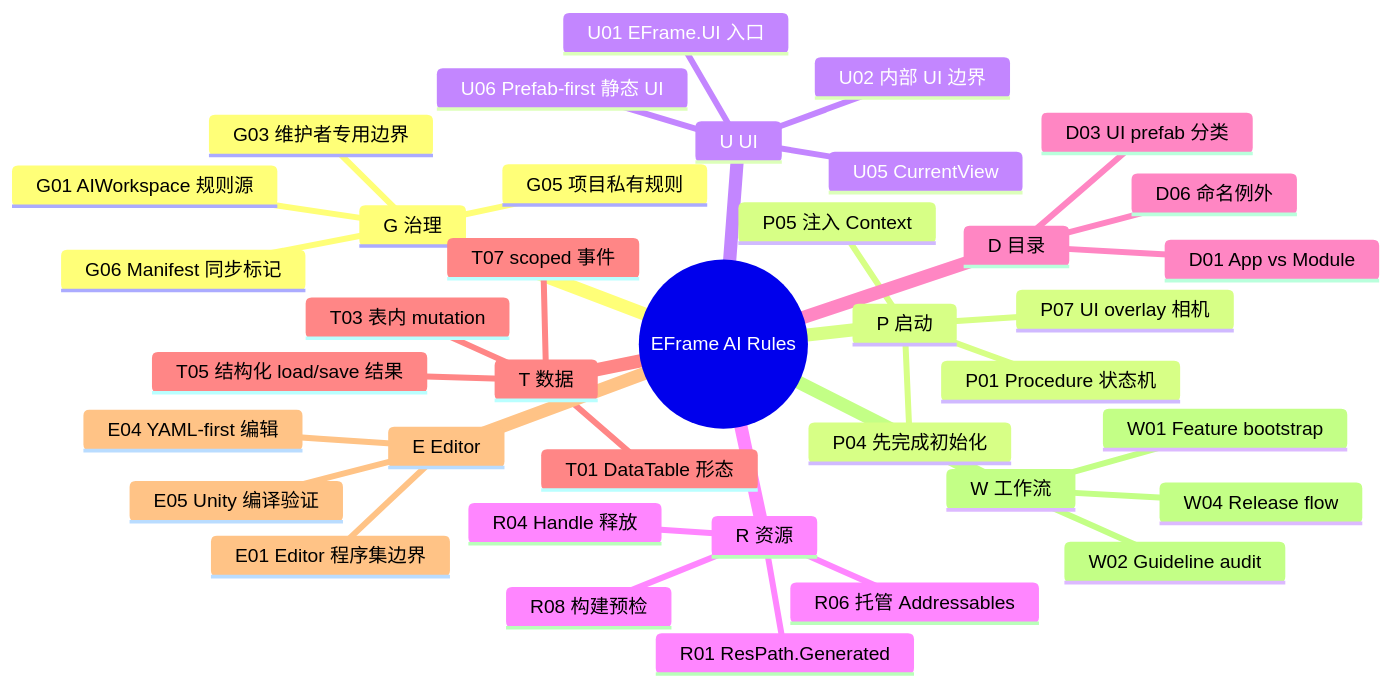
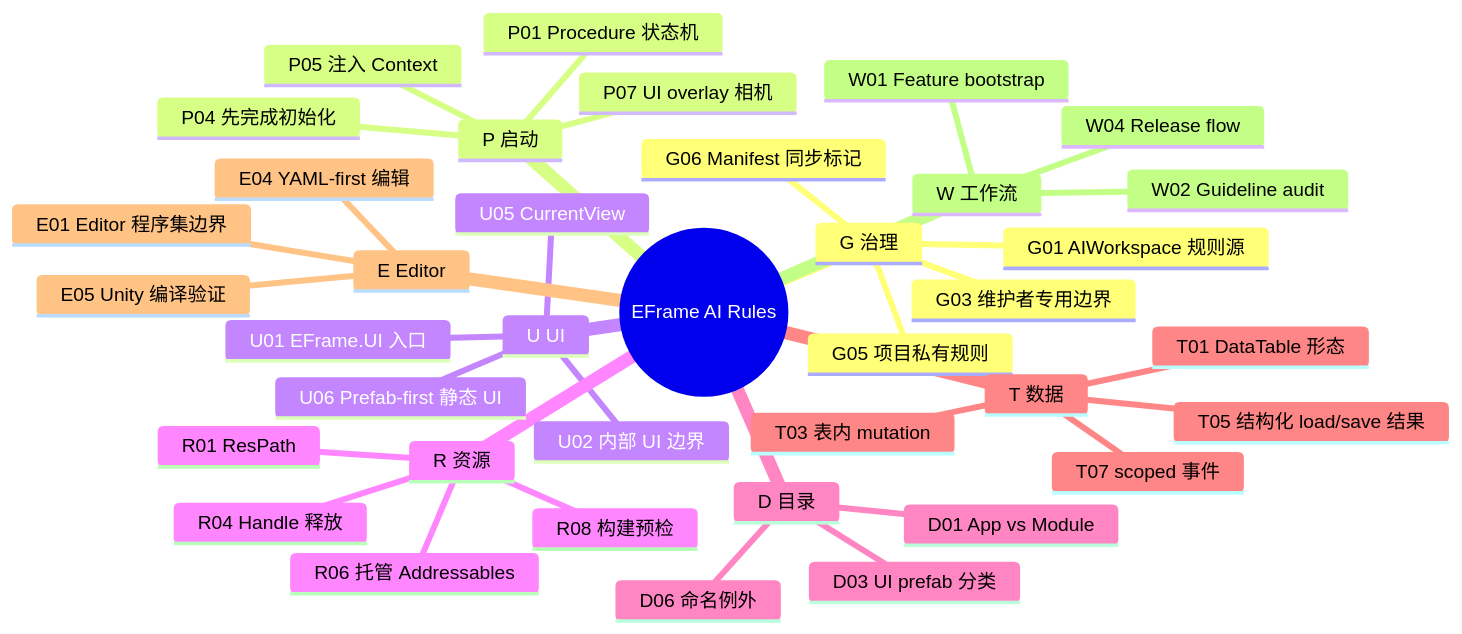
Before and after one commit to LukasChen/EFrameWork: the second of 6 diagrams in tools/MaintainerAIWorkspace/AI_RULE_VISUAL_REVIEW.md, drawn with Mermaid. The commit also changed 384 other files, not shown here.

````diff
--- a/tools/MaintainerAIWorkspace/AI_RULE_VISUAL_REVIEW.md
+++ b/tools/MaintainerAIWorkspace/AI_RULE_VISUAL_REVIEW.md
@@ -34,41 +34,41 @@
 ```mermaid
 mindmap
   root((EFrame AI Rules))
     G 治理
       G01 AIWorkspace 规则源
       G03 维护者专用边界
       G05 项目私有规则
       G06 Manifest 同步标记
     P 启动
       P01 Procedure 状态机
       P04 先完成初始化
       P05 注入 Context
       P07 UI overlay 相机
     U UI
       U01 EFrame.UI 入口
       U02 内部 UI 边界
       U05 CurrentView
       U06 Prefab-first 静态 UI
     R 资源
-      R01 ResPath.Generated
+      R01 ResPath
       R04 Handle 释放
       R06 托管 Addressables
       R08 构建预检
     D 目录
       D01 App vs Module
       D03 UI prefab 分类
       D06 命名例外
     T 数据
       T01 DataTable 形态
       T03 表内 mutation
       T05 结构化 load/save 结果
       T07 scoped 事件
     E Editor
       E01 Editor 程序集边界
       E04 YAML-first 编辑
       E05 Unity 编译验证
     W 工作流
       W01 Feature bootstrap
       W02 Guideline audit
       W04 Release flow
 ```
````
